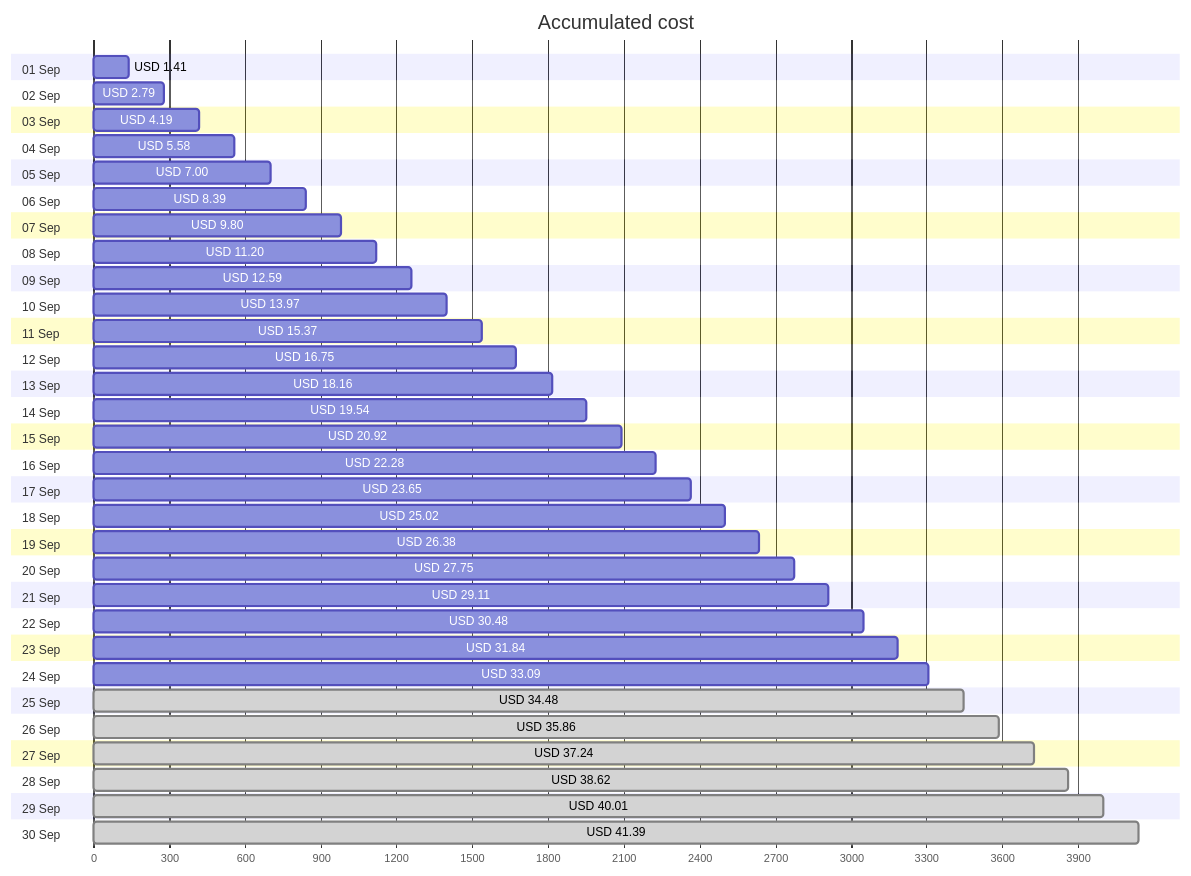
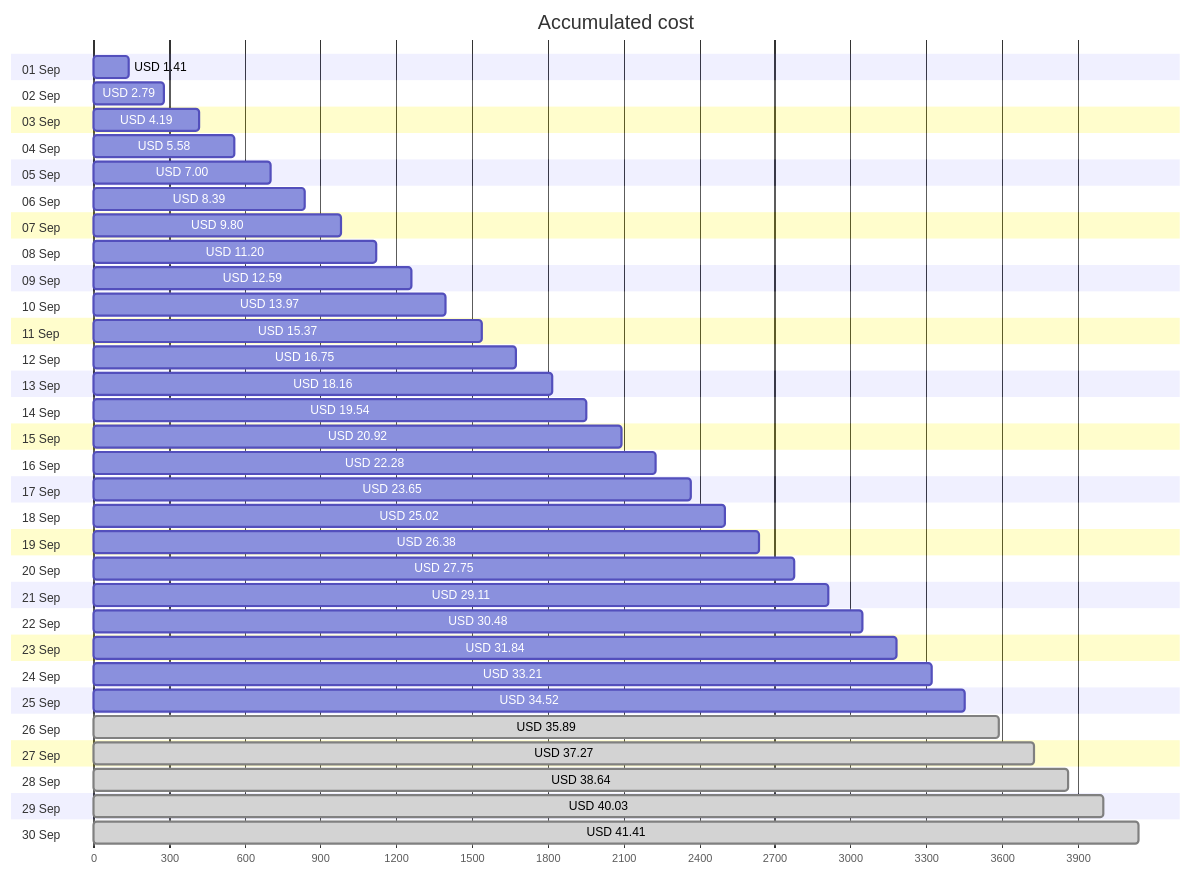
Before and after one commit to jpfulton/azure-personal-reports: the first of 4 diagrams in cost-reports/personal-network/backup-data-disk.md, drawn with Mermaid. The commit also changed other lines of this file and 9 other files, not shown here.

````diff
--- a/cost-reports/personal-network/backup-data-disk.md
+++ b/cost-reports/personal-network/backup-data-disk.md
@@ -20,66 +20,66 @@
 ```mermaid
 gantt
    title Accumulated cost
    dateFormat  X
    axisFormat %s
    section 01 Sep
    USD 1.41 :0, 141
    section 02 Sep
    USD 2.79 :0, 279
    section 03 Sep
    USD 4.19 :0, 419
    section 04 Sep
    USD 5.58 :0, 558
    section 05 Sep
    USD 7.00 :0, 700
    section 06 Sep
    USD 8.39 :0, 839
    section 07 Sep
    USD 9.80 :0, 980
    section 08 Sep
    USD 11.20 :0, 1120
    section 09 Sep
    USD 12.59 :0, 1259
    section 10 Sep
    USD 13.97 :0, 1397
    section 11 Sep
    USD 15.37 :0, 1537
    section 12 Sep
    USD 16.75 :0, 1675
    section 13 Sep
    USD 18.16 :0, 1816
    section 14 Sep
    USD 19.54 :0, 1954
    section 15 Sep
    USD 20.92 :0, 2092
    section 16 Sep
    USD 22.28 :0, 2228
    section 17 Sep
    USD 23.65 :0, 2365
    section 18 Sep
    USD 25.02 :0, 2502
    section 19 Sep
    USD 26.38 :0, 2638
    section 20 Sep
    USD 27.75 :0, 2775
    section 21 Sep
    USD 29.11 :0, 2911
    section 22 Sep
    USD 30.48 :0, 3048
    section 23 Sep
    USD 31.84 :0, 3184
    section 24 Sep
-   USD 33.09 :0, 3309
+   USD 33.21 :0, 3321
    section 25 Sep
-   USD 34.48 : done, 0, 3448
+   USD 34.52 :0, 3452
    section 26 Sep
-   USD 35.86 : done, 0, 3586
+   USD 35.89 : done, 0, 3589
    section 27 Sep
-   USD 37.24 : done, 0, 3724
+   USD 37.27 : done, 0, 3727
    section 28 Sep
-   USD 38.62 : done, 0, 3862
+   USD 38.64 : done, 0, 3864
    section 29 Sep
-   USD 40.01 : done, 0, 4001
+   USD 40.03 : done, 0, 4003
    section 30 Sep
-   USD 41.39 : done, 0, 4139
+   USD 41.41 : done, 0, 4141
 ```
````
